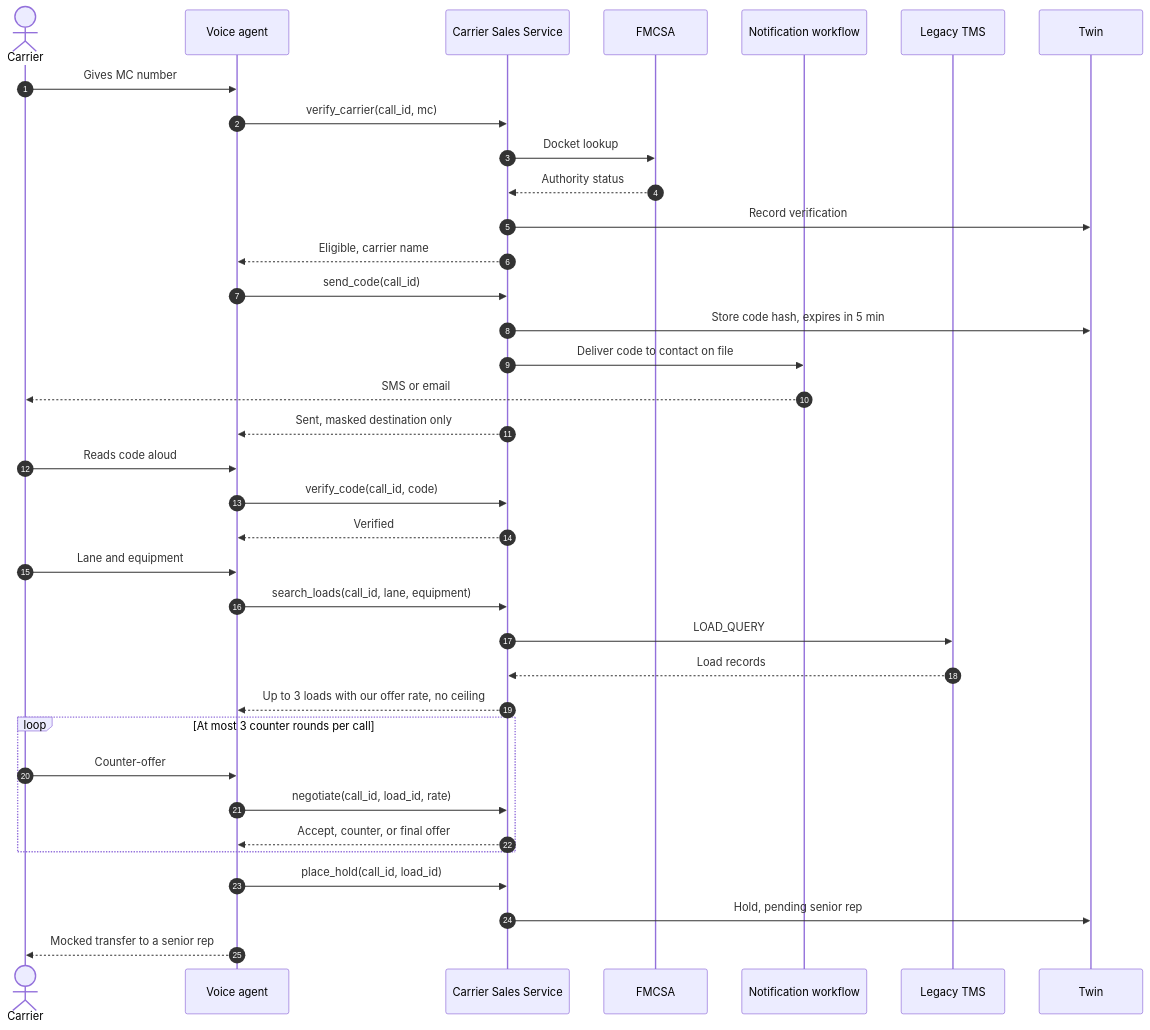
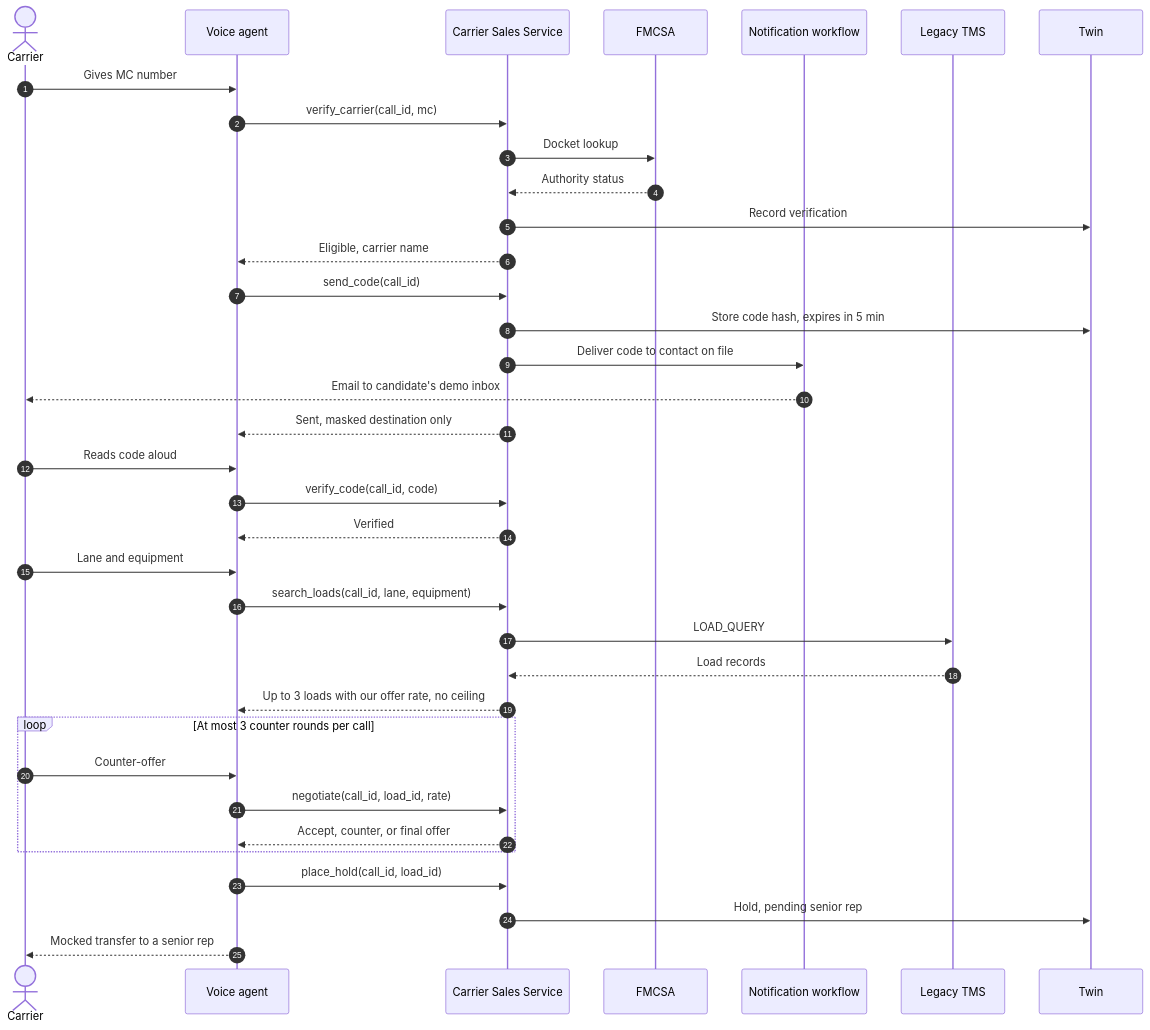
The second of 3 diagrams in ARCHITECTURE.md (sgon0181/happyrobot-inbound-carrier-sales), drawn with Mermaid before and after one commit. The commit also changed other lines of this file and 2 other files, not shown here.

Commit message:
docs: record Luke's clarifications and candidate assumptions

````diff
--- a/ARCHITECTURE.md
+++ b/ARCHITECTURE.md
@@ -82,43 +84,43 @@
 ```mermaid
 sequenceDiagram
     autonumber
     actor C as Carrier
     participant A as Voice agent
     participant S as Carrier Sales Service
     participant F as FMCSA
     participant N as Notification workflow
     participant T as Legacy TMS
     participant D as Twin
 
     C->>A: Gives MC number
     A->>S: verify_carrier(call_id, mc)
     S->>F: Docket lookup
     F-->>S: Authority status
     S->>D: Record verification
     S-->>A: Eligible, carrier name
 
     A->>S: send_code(call_id)
     S->>D: Store code hash, expires in 5 min
     S->>N: Deliver code to contact on file
-    N-->>C: SMS or email
+    N-->>C: Email to candidate's demo inbox
     S-->>A: Sent, masked destination only
     C->>A: Reads code aloud
     A->>S: verify_code(call_id, code)
     S-->>A: Verified
 
     C->>A: Lane and equipment
     A->>S: search_loads(call_id, lane, equipment)
     S->>T: LOAD_QUERY
     T-->>S: Load records
     S-->>A: Up to 3 loads with our offer rate, no ceiling
 
     loop At most 3 counter rounds per call
         C->>A: Counter-offer
         A->>S: negotiate(call_id, load_id, rate)
         S-->>A: Accept, counter, or final offer
     end
 
     A->>S: place_hold(call_id, load_id)
     S->>D: Hold, pending senior rep
     A-->>C: Mocked transfer to a senior rep
 ```
````
